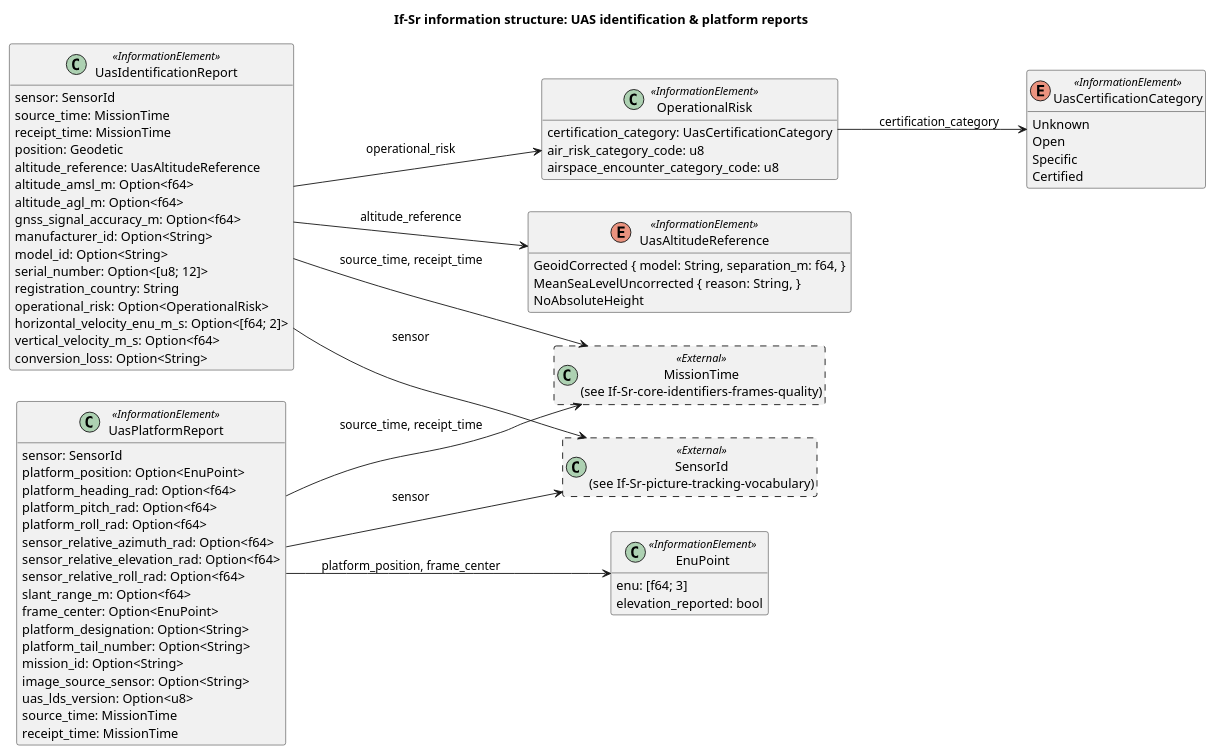
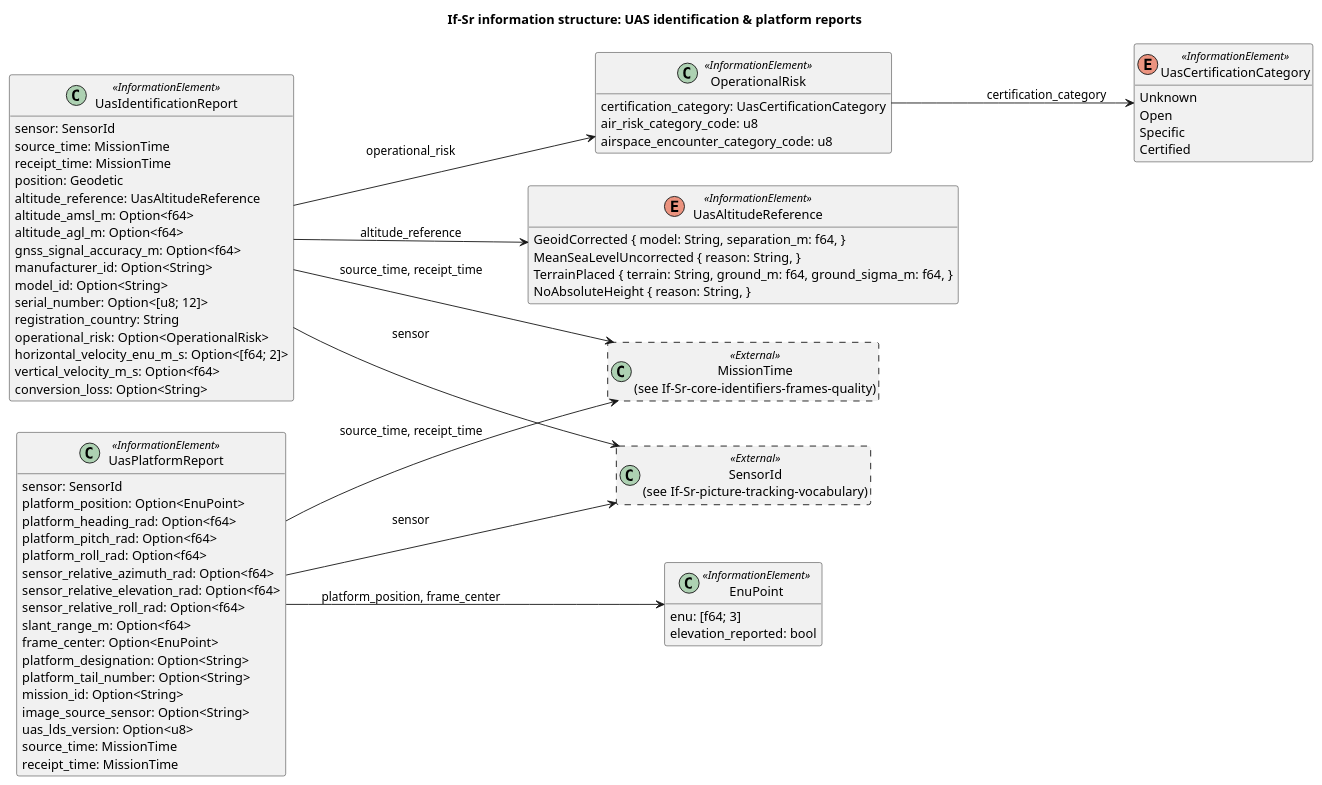
One commit to WayneRoessling/gungnir changed the diagram in docs/architecture/uaf/information/If-Sr-uas-identification-platform-reports.puml. Above: the diagram before and after it, drawn with PlantUML. The commit also changed 27 other files, not shown here.

First line of the commit message:
GAP-199: a UAS height above ground lands on the DEM (D-130)

```diff
--- a/docs/architecture/uaf/information/If-Sr-uas-identification-platform-reports.puml
+++ b/docs/architecture/uaf/information/If-Sr-uas-identification-platform-reports.puml
@@ -1,75 +1,76 @@
 @startuml If-Sr-uas-identification-platform-reports
 title If-Sr information structure: UAS identification & platform reports
 left to right direction
 hide empty members
 skinparam classAttributeIconSize 0
 class "UasIdentificationReport" as UasIdentificationReport <<InformationElement>> {
   sensor: SensorId
   source_time: MissionTime
   receipt_time: MissionTime
   position: Geodetic
   altitude_reference: UasAltitudeReference
   altitude_amsl_m: Option<f64>
   altitude_agl_m: Option<f64>
   gnss_signal_accuracy_m: Option<f64>
   manufacturer_id: Option<String>
   model_id: Option<String>
   serial_number: Option<[u8; 12]>
   registration_country: String
   operational_risk: Option<OperationalRisk>
   horizontal_velocity_enu_m_s: Option<[f64; 2]>
   vertical_velocity_m_s: Option<f64>
   conversion_loss: Option<String>
 }
 enum "UasAltitudeReference" as UasAltitudeReference <<InformationElement>> {
   GeoidCorrected { model: String, separation_m: f64, }
   MeanSeaLevelUncorrected { reason: String, }
-  NoAbsoluteHeight
+  TerrainPlaced { terrain: String, ground_m: f64, ground_sigma_m: f64, }
+  NoAbsoluteHeight { reason: String, }
 }
 class "OperationalRisk" as OperationalRisk <<InformationElement>> {
   certification_category: UasCertificationCategory
   air_risk_category_code: u8
   airspace_encounter_category_code: u8
 }
 enum "UasCertificationCategory" as UasCertificationCategory <<InformationElement>> {
   Unknown
   Open
   Specific
   Certified
 }
 class "EnuPoint" as EnuPoint <<InformationElement>> {
   enu: [f64; 3]
   elevation_reported: bool
 }
 class "UasPlatformReport" as UasPlatformReport <<InformationElement>> {
   sensor: SensorId
   platform_position: Option<EnuPoint>
   platform_heading_rad: Option<f64>
   platform_pitch_rad: Option<f64>
   platform_roll_rad: Option<f64>
   sensor_relative_azimuth_rad: Option<f64>
   sensor_relative_elevation_rad: Option<f64>
   sensor_relative_roll_rad: Option<f64>
   slant_range_m: Option<f64>
   frame_center: Option<EnuPoint>
   platform_designation: Option<String>
   platform_tail_number: Option<String>
   mission_id: Option<String>
   image_source_sensor: Option<String>
   uas_lds_version: Option<u8>
   source_time: MissionTime
   receipt_time: MissionTime
 }
 class "MissionTime\n(see If-Sr-core-identifiers-frames-quality)" as MissionTime <<External>> #line.dashed {
 }
 class "SensorId\n(see If-Sr-picture-tracking-vocabulary)" as SensorId <<External>> #line.dashed {
 }
 UasIdentificationReport --> MissionTime : source_time, receipt_time
 UasIdentificationReport --> OperationalRisk : operational_risk
 UasIdentificationReport --> SensorId : sensor
 UasIdentificationReport --> UasAltitudeReference : altitude_reference
 OperationalRisk --> UasCertificationCategory : certification_category
 UasPlatformReport --> EnuPoint : platform_position, frame_center
 UasPlatformReport --> MissionTime : source_time, receipt_time
 UasPlatformReport --> SensorId : sensor
 @enduml
```
